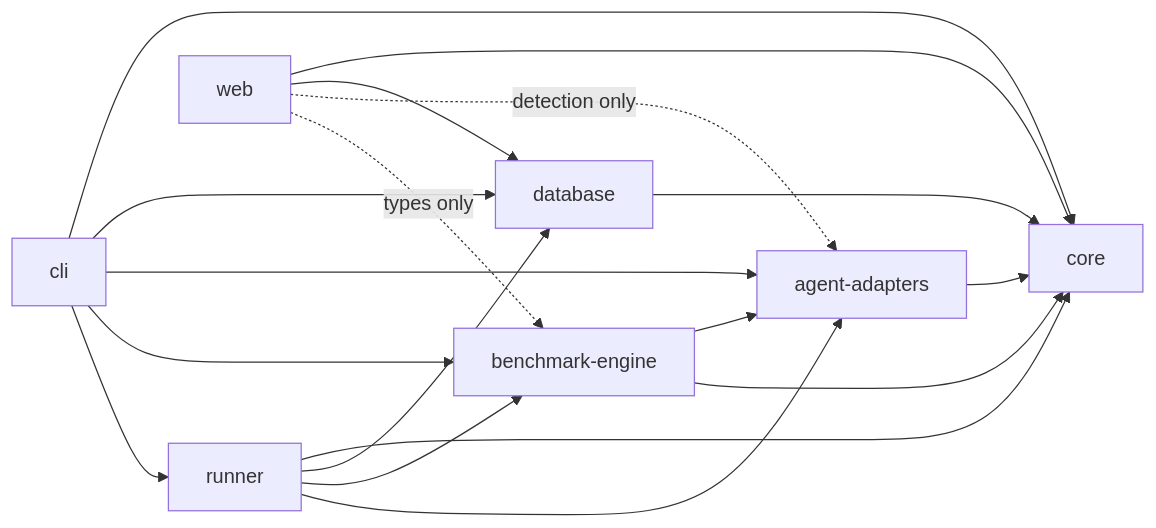
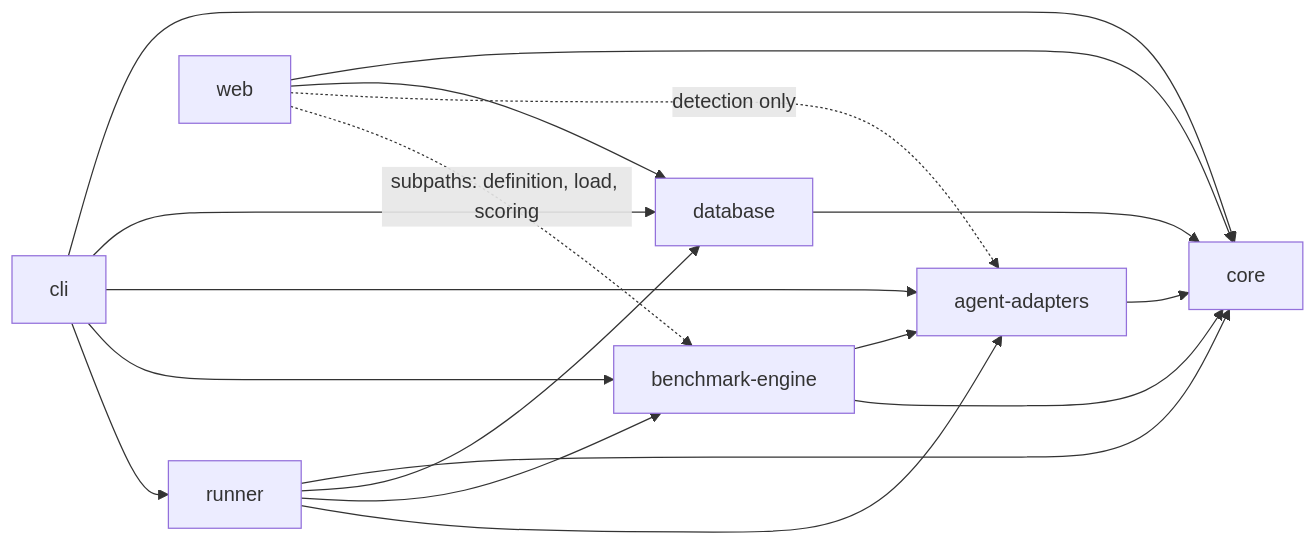
Before and after one commit to MetaX5/DirectiveBench: the second of 5 diagrams in .ai/specs/2026-10-14-system-architecture.md, drawn with Mermaid. The commit also changed other lines of this file and 35 other files, not shown here.

````diff
--- a/.ai/specs/2026-10-14-system-architecture.md
+++ b/.ai/specs/2026-10-14-system-architecture.md
@@ -67,13 +67,13 @@
 ```mermaid
 flowchart LR
   core
   database --> core
   agentAdapters[agent-adapters] --> core
   engine[benchmark-engine] --> agentAdapters
   engine --> core
   runner --> core & database & engine & agentAdapters
   web --> core & database
   web -.->|detection only| agentAdapters
-  web -.->|types only| engine
+  web -.->|subpaths: definition, load, scoring| engine
   cli --> core & database & agentAdapters & engine & runner
 ```
````
